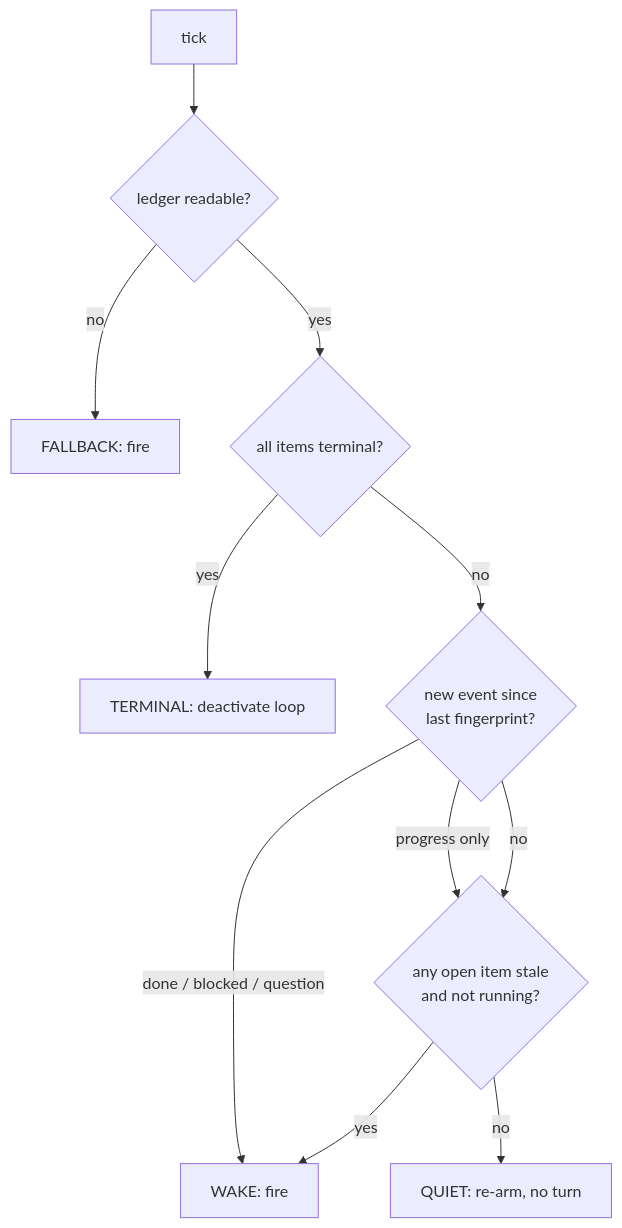
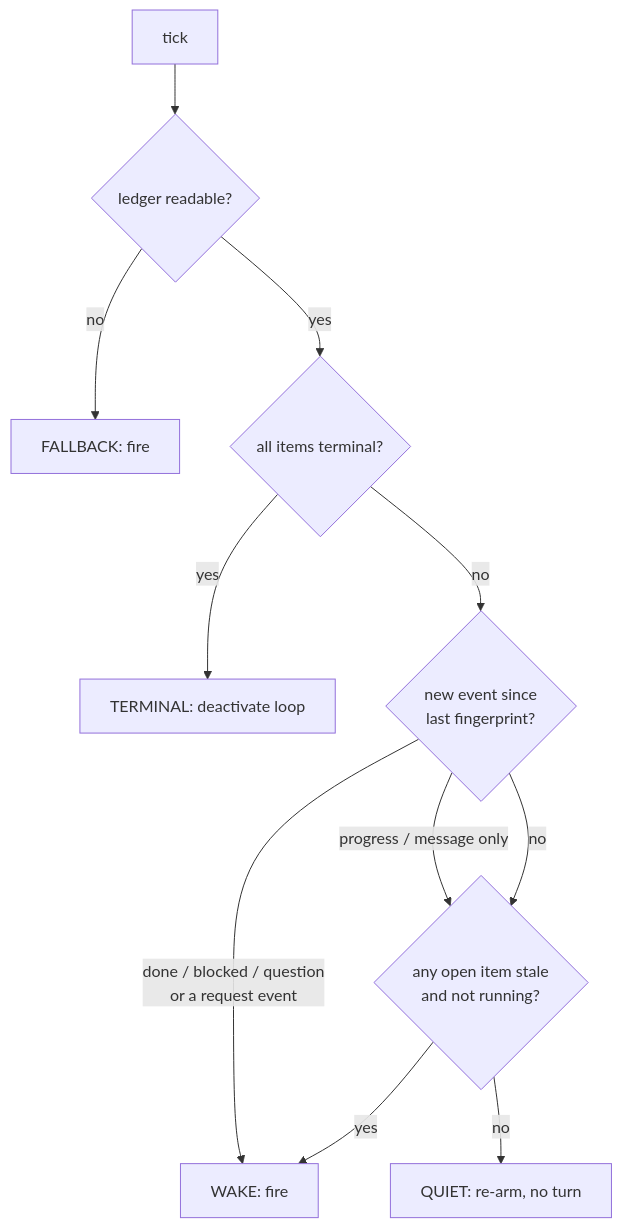
One commit to Behordeun/KiroCrew changed the fourth of 4 diagrams in docs/request-for-change/rfc-conductor-work-ledger.md. Above: the diagram before and after it, drawn with Mermaid. The commit also changed other lines of this file and 1 other file, not shown here.

````diff
--- a/docs/request-for-change/rfc-conductor-work-ledger.md
+++ b/docs/request-for-change/rfc-conductor-work-ledger.md
@@ -304,13 +524,13 @@
 ```mermaid
 flowchart TD
     A[tick] --> B{ledger readable?}
     B -- no --> F[FALLBACK: fire]
     B -- yes --> C{all items terminal?}
     C -- yes --> T[TERMINAL: deactivate loop]
     C -- no --> D{new event since<br/>last fingerprint?}
-    D -- "done / blocked / question" --> W[WAKE: fire]
-    D -- "progress only" --> E{any open item stale<br/>and not running?}
+    D -- "done / blocked / question<br/>or a request event" --> W[WAKE: fire]
+    D -- "progress / message only" --> E{any open item stale<br/>and not running?}
     D -- no --> E
     E -- yes --> W
     E -- no --> Q[QUIET: re-arm, no turn]
 ```
````
